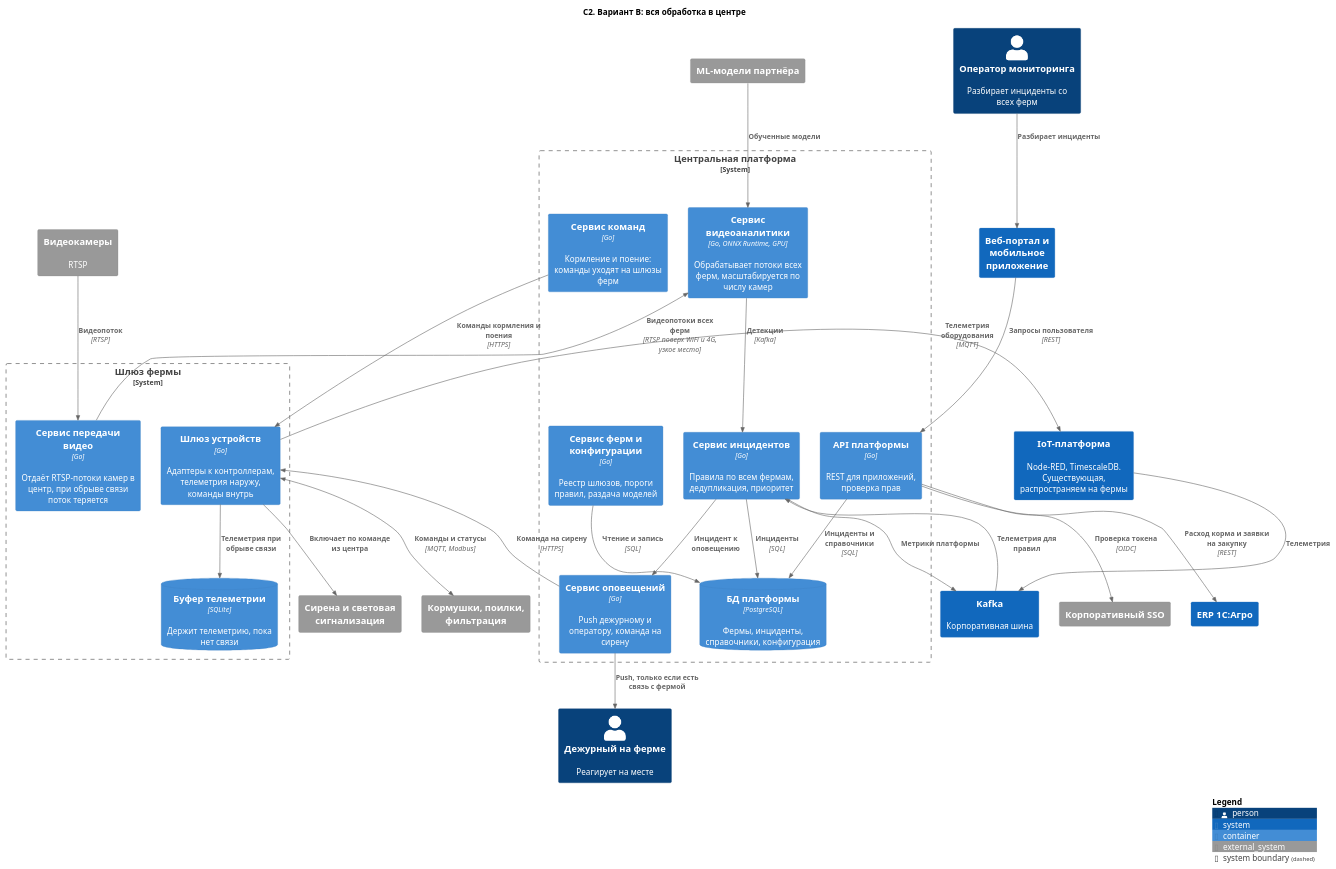
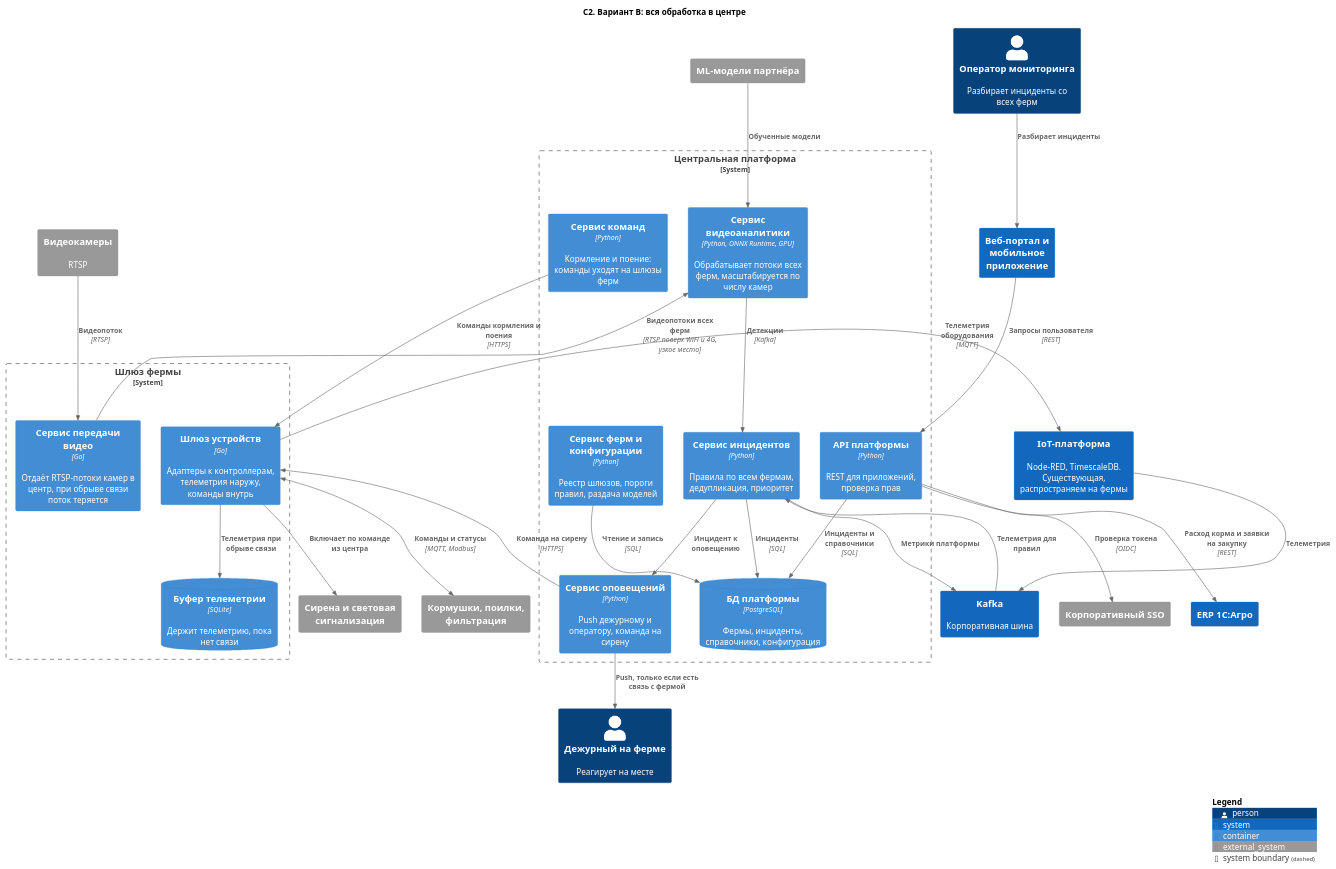
The diagram in Task2/C2-alternative.puml (FCTL3314/MSA-AgroTech), drawn with PlantUML before and after one commit. The commit also changed 24 other files, not shown here.

```diff
--- a/Task2/C2-alternative.puml
+++ b/Task2/C2-alternative.puml
@@ -1,60 +1,60 @@
 @startuml C2-alternative
 !include <C4/C4_Container>
 
 title C2. Вариант B: вся обработка в центре
 
 Person(duty, "Дежурный на ферме", "Реагирует на месте")
 Person(operator, "Оператор мониторинга", "Разбирает инциденты со всех ферм")
 
 System_Boundary(farm, "Шлюз фермы") {
   Container(streamer, "Сервис передачи видео", "Go", "Отдаёт RTSP-потоки камер в центр, при обрыве связи поток теряется")
   Container(devgw, "Шлюз устройств", "Go", "Адаптеры к контроллерам, телеметрия наружу, команды внутрь")
   ContainerDb(buffer, "Буфер телеметрии", "SQLite", "Держит телеметрию, пока нет связи")
 }
 
 System_Boundary(hq, "Центральная платформа") {
-  Container(video, "Сервис видеоаналитики", "Go, ONNX Runtime, GPU", "Обрабатывает потоки всех ферм, масштабируется по числу камер")
-  Container(incidents, "Сервис инцидентов", "Go", "Правила по всем фермам, дедупликация, приоритет")
-  Container(commands, "Сервис команд", "Go", "Кормление и поение: команды уходят на шлюзы ферм")
-  Container(notify, "Сервис оповещений", "Go", "Push дежурному и оператору, команда на сирену")
-  Container(api, "API платформы", "Go", "REST для приложений, проверка прав")
-  Container(fleet, "Сервис ферм и конфигурации", "Go", "Реестр шлюзов, пороги правил, раздача моделей")
+  Container(video, "Сервис видеоаналитики", "Python, ONNX Runtime, GPU", "Обрабатывает потоки всех ферм, масштабируется по числу камер")
+  Container(incidents, "Сервис инцидентов", "Python", "Правила по всем фермам, дедупликация, приоритет")
+  Container(commands, "Сервис команд", "Python", "Кормление и поение: команды уходят на шлюзы ферм")
+  Container(notify, "Сервис оповещений", "Python", "Push дежурному и оператору, команда на сирену")
+  Container(api, "API платформы", "Python", "REST для приложений, проверка прав")
+  Container(fleet, "Сервис ферм и конфигурации", "Python", "Реестр шлюзов, пороги правил, раздача моделей")
   ContainerDb(centraldb, "БД платформы", "PostgreSQL", "Фермы, инциденты, справочники, конфигурация")
 }
 
 System_Ext(cameras, "Видеокамеры", "RTSP")
 System_Ext(equipment, "Кормушки, поилки, фильтрация")
 System_Ext(siren, "Сирена и световая сигнализация")
 System_Ext(mlmodel, "ML-модели партнёра")
 System_Ext(idp, "Корпоративный SSO")
 System(iot, "IoT-платформа", "Node-RED, TimescaleDB. Существующая, распространяем на фермы")
 System(apps, "Веб-портал и мобильное приложение")
 System(kafka, "Kafka", "Корпоративная шина")
 System(erp, "ERP 1С:Агро")
 
 Rel(cameras, streamer, "Видеопоток", "RTSP")
 BiRel(devgw, equipment, "Команды и статусы", "MQTT, Modbus")
 Rel(devgw, buffer, "Телеметрия при обрыве связи")
 Rel(devgw, siren, "Включает по команде из центра")
 
 Rel(streamer, video, "Видеопотоки всех ферм", "RTSP поверх WiFi и 4G, узкое место")
 Rel(devgw, iot, "Телеметрия оборудования", "MQTT")
 Rel(iot, kafka, "Телеметрия")
 Rel(kafka, incidents, "Телеметрия для правил")
 Rel(video, incidents, "Детекции", "Kafka")
 Rel(mlmodel, video, "Обученные модели")
 Rel(incidents, centraldb, "Инциденты", "SQL")
 Rel(incidents, notify, "Инцидент к оповещению")
 Rel(notify, duty, "Push, только если есть связь с фермой")
 Rel(notify, devgw, "Команда на сирену", "HTTPS")
 Rel(commands, devgw, "Команды кормления и поения", "HTTPS")
 Rel(fleet, centraldb, "Чтение и запись", "SQL")
 Rel(api, centraldb, "Инциденты и справочники", "SQL")
 Rel(api, idp, "Проверка токена", "OIDC")
 Rel(apps, api, "Запросы пользователя", "REST")
 Rel(operator, apps, "Разбирает инциденты")
 Rel(incidents, kafka, "Метрики платформы")
 Rel(api, erp, "Расход корма и заявки на закупку", "REST")
 
 SHOW_LEGEND()
 @enduml
```
